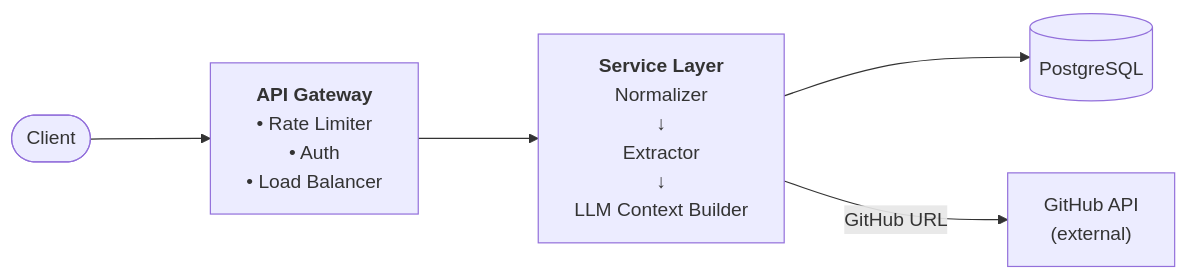
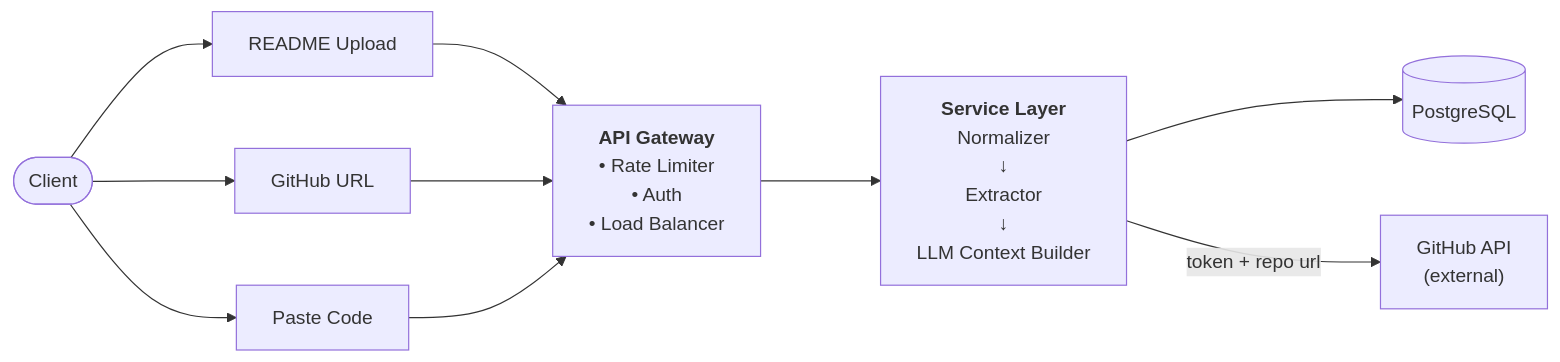
Before and after one commit to shivam-tamboli/GrillMyProject: the first of 4 diagrams in SYSTEM_DESIGN.md, drawn with Mermaid. The commit also changed other lines of this file, not shown here.

Commit message:
fix diagram 1 — show all three inputs and clarify github flow

````diff
--- a/SYSTEM_DESIGN.md
+++ b/SYSTEM_DESIGN.md
@@ -285,14 +285,22 @@
 ```mermaid
 %%{init: {'flowchart': {'nodeSpacing': 60, 'rankSpacing': 100}}}%%
 flowchart LR
     Client([Client])
+    README[README Upload]
+    GHURL[GitHub URL]
+    PASTE[Paste Code]
     GW["<b>API Gateway</b><br/>• Rate Limiter<br/>• Auth<br/>• Load Balancer"]
     SVC["<b>Service Layer</b><br/>Normalizer<br/>↓<br/>Extractor<br/>↓<br/>LLM Context Builder"]
     GH["GitHub API<br/>(external)"]
     PG[(PostgreSQL)]
 
-    Client --> GW
+    Client --> README
+    Client --> GHURL
+    Client --> PASTE
+    README --> GW
+    GHURL --> GW
+    PASTE --> GW
     GW --> SVC
     SVC --> PG
-    SVC -->|"GitHub URL"| GH
+    SVC -->|"token + repo url"| GH
 ```
````
